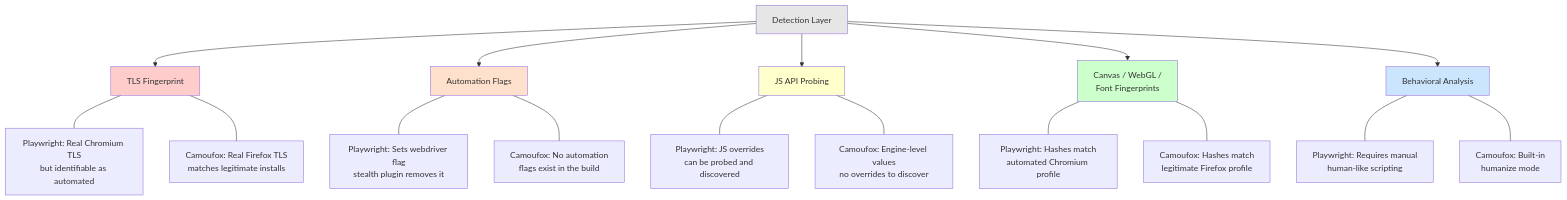
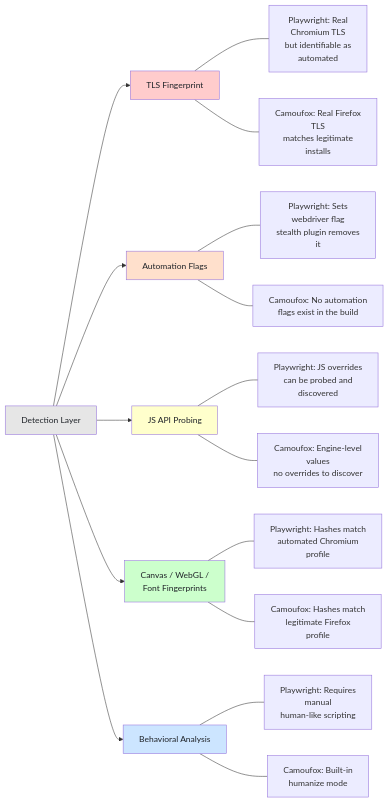
Before and after one commit to bytetunnels/bytetunnels.github.com: the first of 3 diagrams in _posts/2026-02-19-playwright-vs-camoufox-stealth-automation-head-to-head.md, drawn with Mermaid. The commit also changed other lines of this file and 118 other files, not shown here.

Commit message:
feat: improve diagram styling and compact wide flowcharts

````diff
--- a/_posts/2026-02-19-playwright-vs-camoufox-stealth-automation-head-to-head.md
+++ b/_posts/2026-02-19-playwright-vs-camoufox-stealth-automation-head-to-head.md
@@ -71,30 +71,30 @@
 ```mermaid
-graph TD
+graph LR
     A["Detection Layer"] --> B["TLS Fingerprint"]
     A --> C["Automation Flags"]
     A --> D["JS API Probing"]
-    A --> E["Canvas / WebGL /<br>Font Fingerprints"]
+    A --> E["Canvas / WebGL /<br/>Font Fingerprints"]
     A --> F["Behavioral Analysis"]
 
-    B --- B1["Playwright: Real Chromium TLS<br>but identifiable as automated"]
-    B --- B2["Camoufox: Real Firefox TLS<br>matches legitimate installs"]
+    B --- B1["Playwright: Real<br/>Chromium TLS<br/>but identifiable as<br/>automated"]
+    B --- B2["Camoufox: Real Firefox<br/>TLS<br/>matches legitimate<br/>installs"]
 
-    C --- C1["Playwright: Sets webdriver flag<br>stealth plugin removes it"]
-    C --- C2["Camoufox: No automation<br>flags exist in the build"]
+    C --- C1["Playwright: Sets<br/>webdriver flag<br/>stealth plugin removes<br/>it"]
+    C --- C2["Camoufox: No automation<br/>flags exist in the build"]
 
-    D --- D1["Playwright: JS overrides<br>can be probed and discovered"]
-    D --- D2["Camoufox: Engine-level values<br>no overrides to discover"]
+    D --- D1["Playwright: JS overrides<br/>can be probed and<br/>discovered"]
+    D --- D2["Camoufox: Engine-level<br/>values<br/>no overrides to discover"]
 
-    E --- E1["Playwright: Hashes match<br>automated Chromium profile"]
-    E --- E2["Camoufox: Hashes match<br>legitimate Firefox profile"]
+    E --- E1["Playwright: Hashes match<br/>automated Chromium<br/>profile"]
+    E --- E2["Camoufox: Hashes match<br/>legitimate Firefox<br/>profile"]
 
-    F --- F1["Playwright: Requires manual<br>human-like scripting"]
-    F --- F2["Camoufox: Built-in<br>humanize mode"]
+    F --- F1["Playwright: Requires<br/>manual<br/>human-like scripting"]
+    F --- F2["Camoufox: Built-in<br/>humanize mode"]
 
-    style A fill:#e6e6e6
-    style B fill:#ffcccc
-    style C fill:#ffe0cc
-    style D fill:#ffffcc
-    style E fill:#ccffcc
-    style F fill:#cce5ff
+    style A fill:#e6e6e6,color:#1f2328
+    style B fill:#ffcccc,color:#1f2328
+    style C fill:#ffe0cc,color:#1f2328
+    style D fill:#ffffcc,color:#1f2328
+    style E fill:#ccffcc,color:#1f2328
+    style F fill:#cce5ff,color:#1f2328
 ```
````
